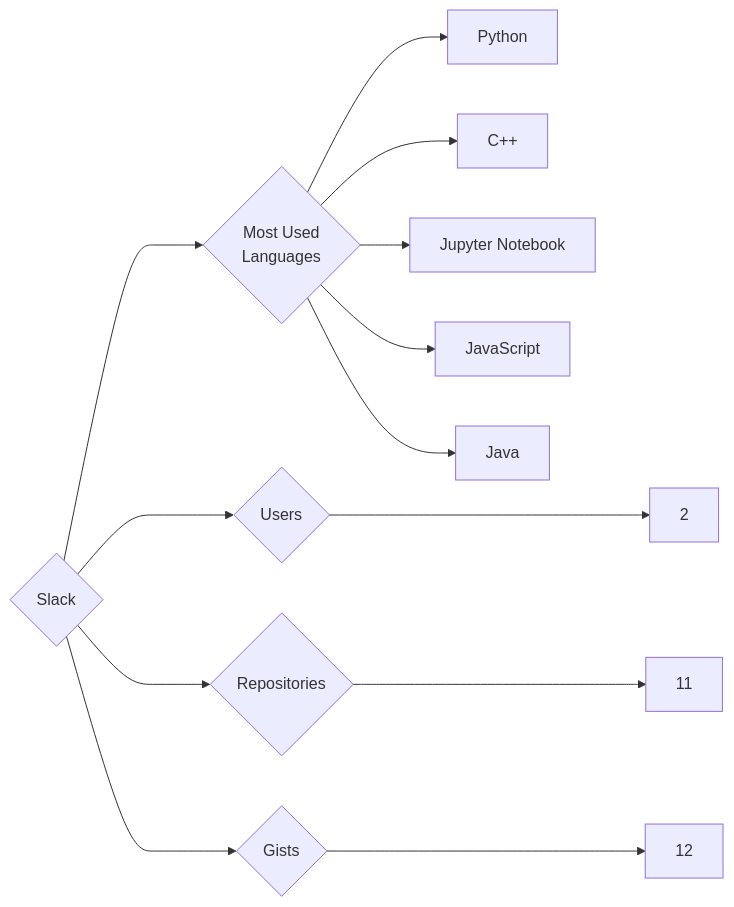
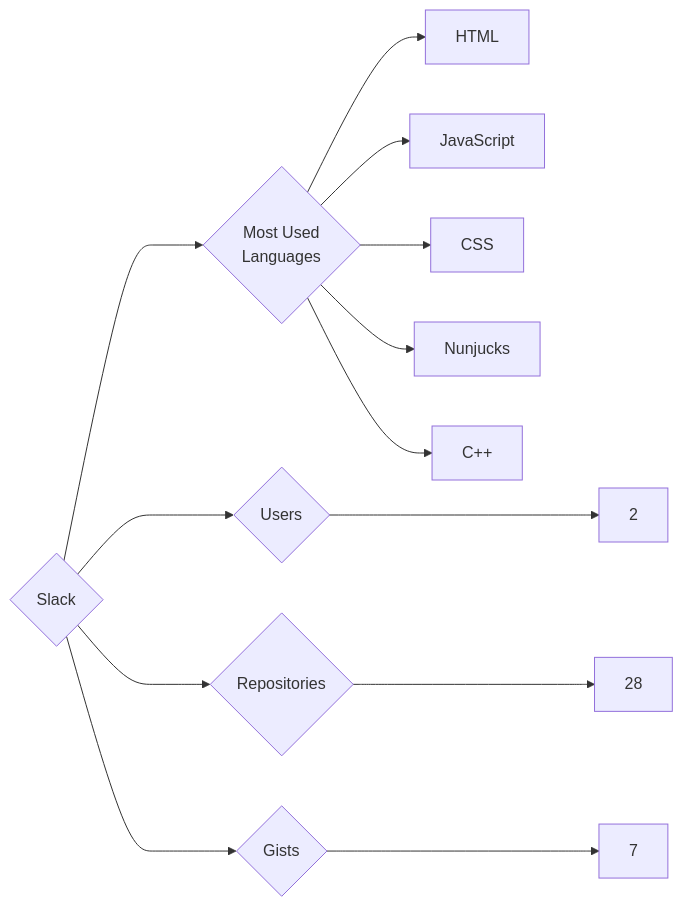
One commit to trickest/insiders changed the diagram in targets/Slack/README.md. Above: the diagram before and after it, drawn with Mermaid. The commit also changed 1496 other files, not shown here.

````diff
--- a/targets/Slack/README.md
+++ b/targets/Slack/README.md
@@ -3,13 +3,13 @@
 ```mermaid
 graph LR
 COMPANY_NAME{Slack}
 COMPANY_NAME ---> U{Users} ---> UN[2]
-COMPANY_NAME ---> R{Repositories} ---> RN[11]
-COMPANY_NAME ---> G{Gists} ---> GN[12]
+COMPANY_NAME ---> R{Repositories} ---> RN[28]
+COMPANY_NAME ---> G{Gists} ---> GN[7]
 COMPANY_NAME ---> ML{Most Used<br>Languages}
-ML --> Python[Python]
+ML --> HTML[HTML]
+ML --> JavaScript[JavaScript]
+ML --> CSS[CSS]
+ML --> Nunjucks[Nunjucks]
 ML --> C++[C++]
-ML --> Jupyter_Notebook[Jupyter Notebook]
-ML --> JavaScript[JavaScript]
-ML --> Java[Java]
 ```
````
